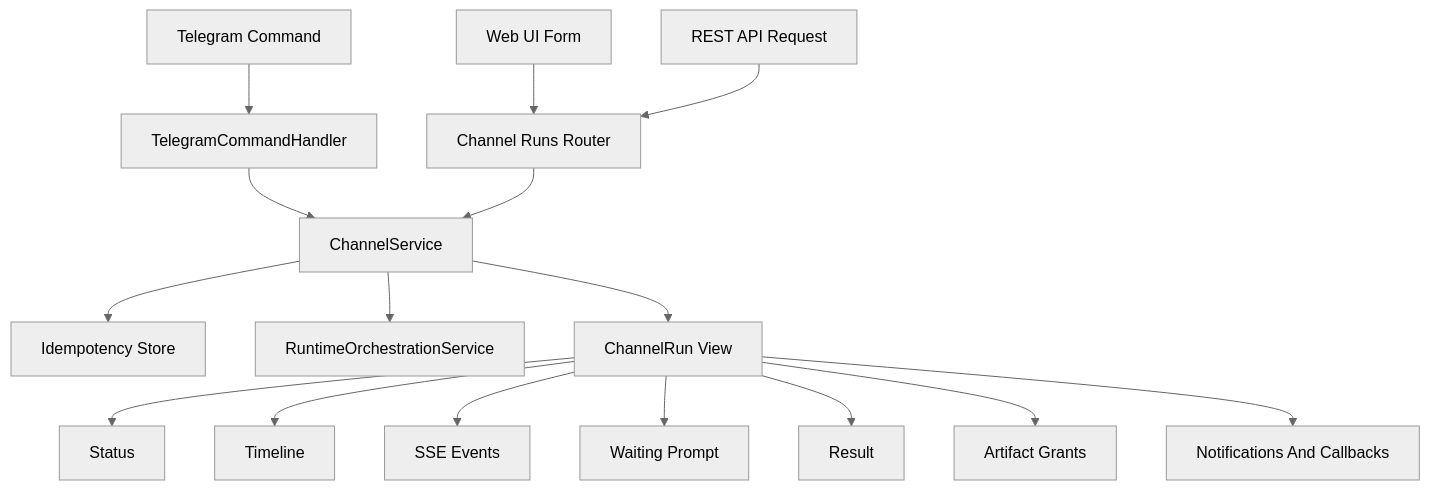
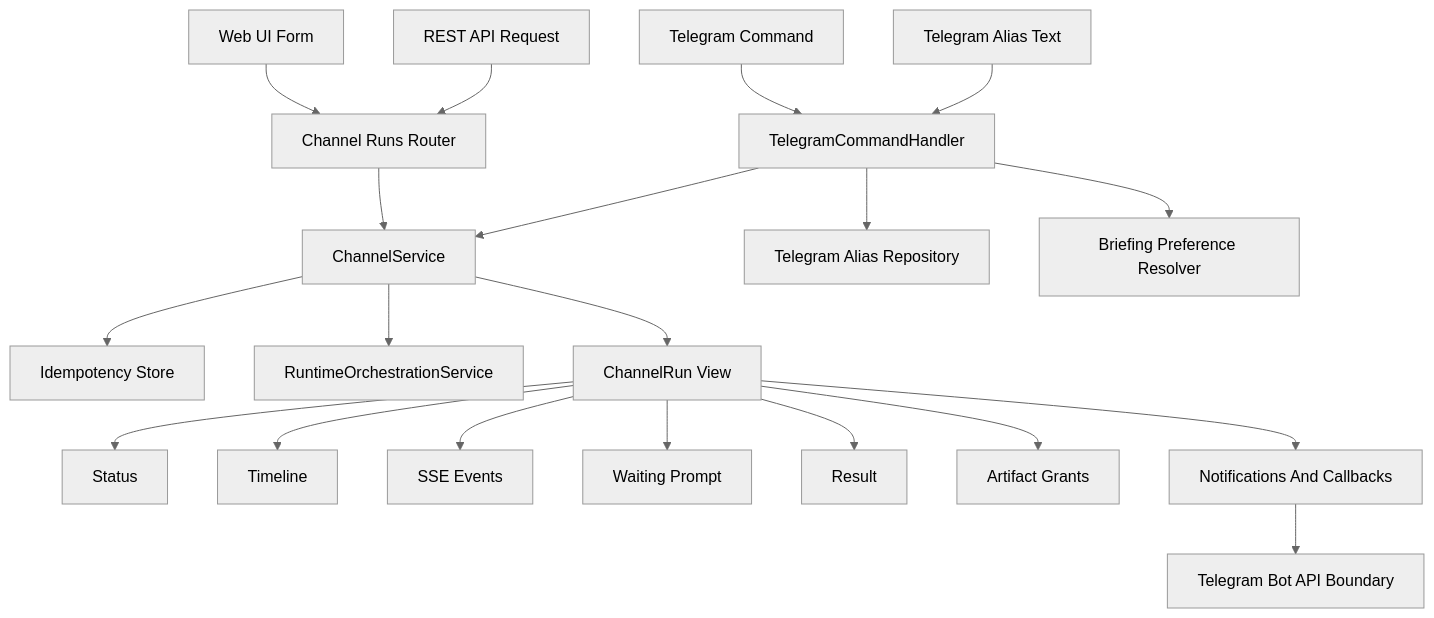
The ninth of 35 diagrams in system_architecture.md (scott5252/multi-agent), drawn with Mermaid (neutral theme) before and after one commit. The commit also changed other lines of this file and 6 other files, not shown here.

````diff
--- a/system_architecture.md
+++ b/system_architecture.md
@@ -608,18 +697,22 @@
 ```mermaid
 flowchart TD
     f8n1["Web UI Form"] --> f8n2["Channel Runs Router"]
     f8n3["REST API Request"] --> f8n2["Channel Runs Router"]
     f8n4["Telegram Command"] --> f8n5["TelegramCommandHandler"]
     f8n5["TelegramCommandHandler"] --> f8n6["ChannelService"]
+    f8n17["Telegram Alias Text"] --> f8n5["TelegramCommandHandler"]
+    f8n5["TelegramCommandHandler"] --> f8n18["Telegram Alias Repository"]
+    f8n5["TelegramCommandHandler"] --> f8n19["Briefing Preference Resolver"]
     f8n2["Channel Runs Router"] --> f8n6["ChannelService"]
     f8n6["ChannelService"] --> f8n7["Idempotency Store"]
     f8n6["ChannelService"] --> f8n8["RuntimeOrchestrationService"]
     f8n6["ChannelService"] --> f8n9["ChannelRun View"]
     f8n9["ChannelRun View"] --> f8n10["Status"]
     f8n9["ChannelRun View"] --> f8n11["Timeline"]
     f8n9["ChannelRun View"] --> f8n12["SSE Events"]
     f8n9["ChannelRun View"] --> f8n13["Waiting Prompt"]
     f8n9["ChannelRun View"] --> f8n14["Result"]
     f8n9["ChannelRun View"] --> f8n15["Artifact Grants"]
     f8n9["ChannelRun View"] --> f8n16["Notifications And Callbacks"]
+    f8n16["Notifications And Callbacks"] --> f8n20["Telegram Bot API Boundary"]
 ```
````
